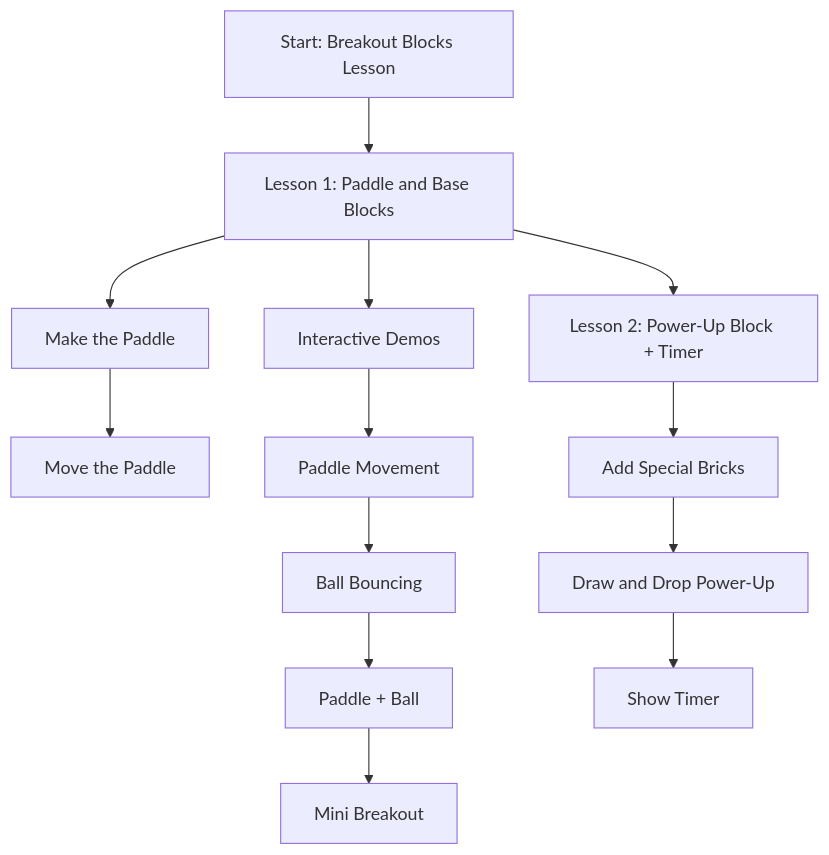
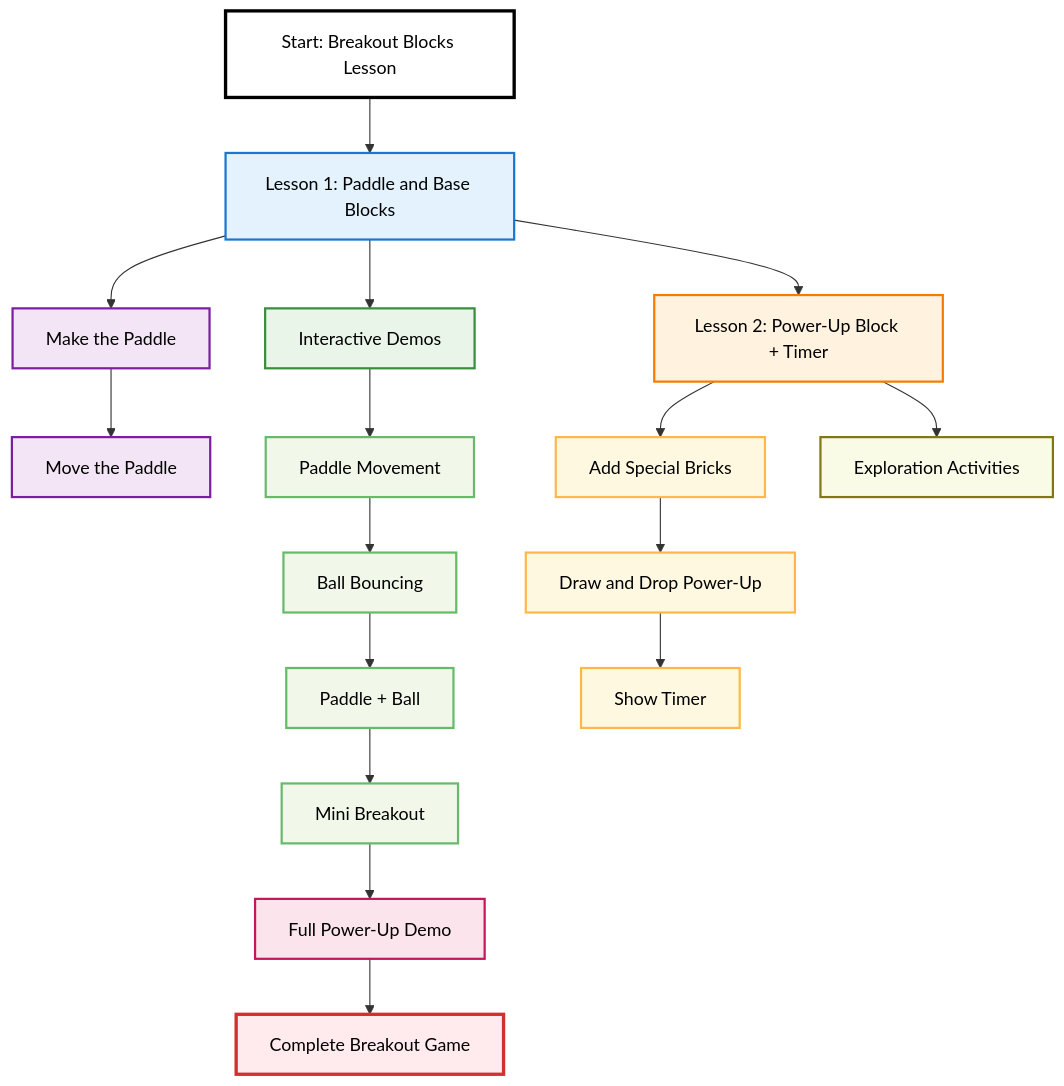
Before and after one commit to whitelunarium/pages_fork: the diagram in hacks/breakout/functionalbreakoutlesson.md, drawn with Mermaid. The commit also changed 6 other files, not shown here.

````diff
--- a/hacks/breakout/functionalbreakoutlesson.md
+++ b/hacks/breakout/functionalbreakoutlesson.md
@@ -63,19 +63,42 @@
 ```mermaid
 flowchart TD
     A[Start: Breakout Blocks Lesson] --> B[Lesson 1: Paddle and Base Blocks]
     
     B --> B1[Make the Paddle]
     B1 --> B2[Move the Paddle]
     
     B --> C[Interactive Demos]
     C --> C1[Paddle Movement]
     C1 --> C2[Ball Bouncing]
     C2 --> C3[Paddle + Ball]
     C3 --> C4[Mini Breakout]
     
     B --> D[Lesson 2: Power-Up Block + Timer]
     
     D --> D1[Add Special Bricks]
     D1 --> D2[Draw and Drop Power-Up]
     D2 --> D3[Show Timer]
-  ```
+    
+    C4 --> E[Full Power-Up Demo]
+    
+    D --> F[Exploration Activities]
+    
+    E --> G[Complete Breakout Game]
+    
+    style A fill:#ffffff,stroke:#000000,stroke-width:3px,color:#000000
+    style B fill:#e3f2fd,stroke:#1976d2,stroke-width:2px,color:#000000
+    style B1 fill:#f3e5f5,stroke:#7b1fa2,stroke-width:2px,color:#000000
+    style B2 fill:#f3e5f5,stroke:#7b1fa2,stroke-width:2px,color:#000000
+    style C fill:#e8f5e8,stroke:#388e3c,stroke-width:2px,color:#000000
+    style C1 fill:#f1f8e9,stroke:#66bb6a,stroke-width:2px,color:#000000
+    style C2 fill:#f1f8e9,stroke:#66bb6a,stroke-width:2px,color:#000000
+    style C3 fill:#f1f8e9,stroke:#66bb6a,stroke-width:2px,color:#000000
+    style C4 fill:#f1f8e9,stroke:#66bb6a,stroke-width:2px,color:#000000
+    style D fill:#fff3e0,stroke:#f57c00,stroke-width:2px,color:#000000
+    style D1 fill:#fff8e1,stroke:#ffb74d,stroke-width:2px,color:#000000
+    style D2 fill:#fff8e1,stroke:#ffb74d,stroke-width:2px,color:#000000
+    style D3 fill:#fff8e1,stroke:#ffb74d,stroke-width:2px,color:#000000
+    style E fill:#fce4ec,stroke:#c2185b,stroke-width:2px,color:#000000
+    style F fill:#f9fbe7,stroke:#827717,stroke-width:2px,color:#000000
+    style G fill:#ffebee,stroke:#d32f2f,stroke-width:3px,color:#000000
+```
````
